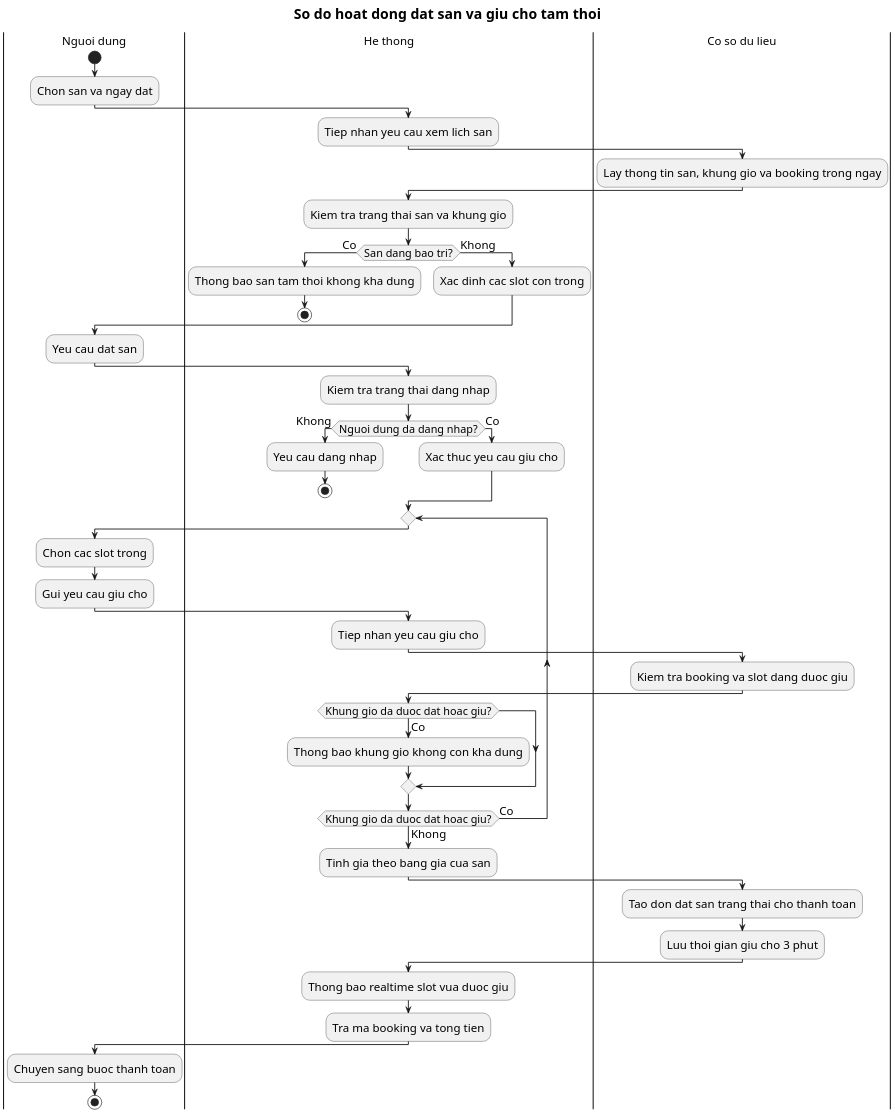
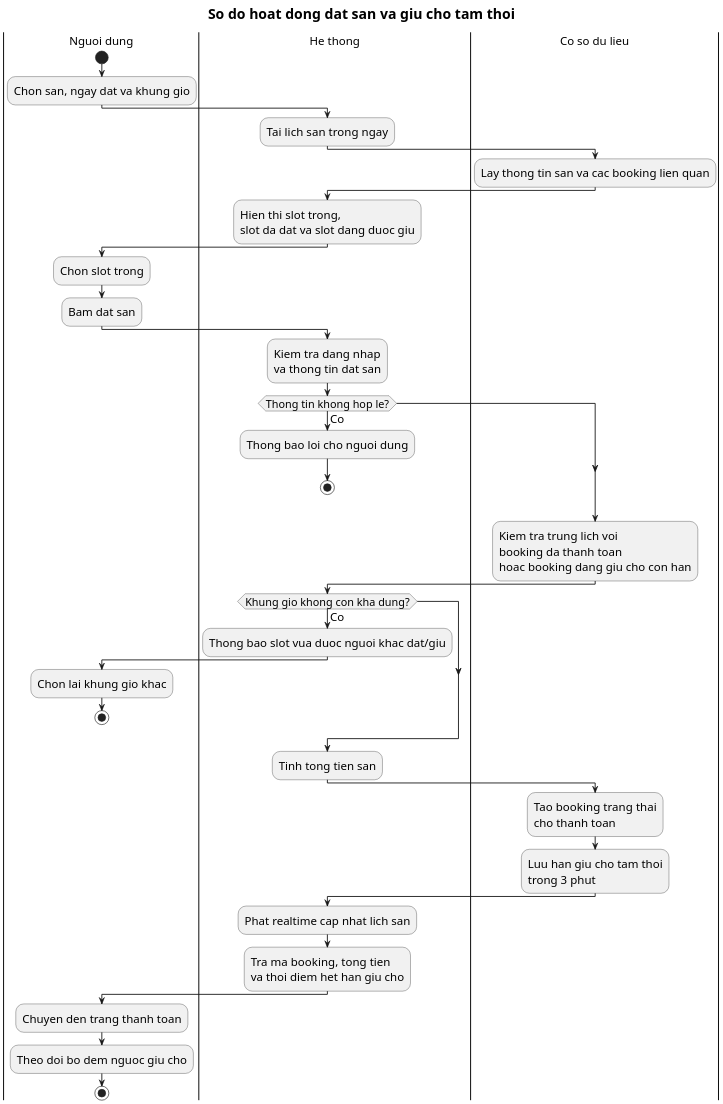
The diagram in Backend/so_do_hoat_dong/rut_gon_luan_van/04_dat_san_giu_cho.puml (PhamThanhQuocTrieu/website_stadium_booking), drawn with PlantUML before and after one commit. The commit also changed 11 other files, not shown here.

```diff
--- a/Backend/so_do_hoat_dong/rut_gon_luan_van/04_dat_san_giu_cho.puml
+++ b/Backend/so_do_hoat_dong/rut_gon_luan_van/04_dat_san_giu_cho.puml
@@ -1,74 +1,62 @@
 @startuml
 skinparam dpi 180
 skinparam defaultFontName Arial
 skinparam defaultFontSize 18
 skinparam activityFontSize 18
 skinparam activityDiamondFontSize 17
 skinparam titleFontSize 22
 skinparam swimlaneTitleFontSize 18
 skinparam arrowThickness 1.4
 title So do hoat dong dat san va giu cho tam thoi
 
 |Nguoi dung|
 start
-:Chon san va ngay dat;
+:Chon san, ngay dat va khung gio;
 
 |He thong|
-:Tiep nhan yeu cau xem lich san;
+:Tai lich san trong ngay;
 
 |Co so du lieu|
-:Lay thong tin san, khung gio va booking trong ngay;
+:Lay thong tin san va cac booking lien quan;
 
 |He thong|
-:Kiem tra trang thai san va khung gio;
-if (San dang bao tri?) then (Co)
-  :Thong bao san tam thoi khong kha dung;
+:Hien thi slot trong,\nslot da dat va slot dang duoc giu;
+
+|Nguoi dung|
+:Chon slot trong;
+:Bam dat san;
+
+|He thong|
+:Kiem tra dang nhap\nva thong tin dat san;
+if (Thong tin khong hop le?) then (Co)
+  :Thong bao loi cho nguoi dung;
   stop
-else (Khong)
-  :Xac dinh cac slot con trong;
 endif
 
-|Nguoi dung|
-:Yeu cau dat san;
+|Co so du lieu|
+:Kiem tra trung lich voi\nbooking da thanh toan\nhoac booking dang giu cho con han;
 
 |He thong|
-:Kiem tra trang thai dang nhap;
-if (Nguoi dung da dang nhap?) then (Khong)
-  :Yeu cau dang nhap;
+if (Khung gio khong con kha dung?) then (Co)
+  :Thong bao slot vua duoc nguoi khac dat/giu;
+  |Nguoi dung|
+  :Chon lai khung gio khac;
   stop
-else (Co)
-  :Xac thuc yeu cau giu cho;
 endif
 
-repeat
-  |Nguoi dung|
-  :Chon cac slot trong;
-  :Gui yeu cau giu cho;
+|He thong|
+:Tinh tong tien san;
 
-  |He thong|
-  :Tiep nhan yeu cau giu cho;
-
-  |Co so du lieu|
-  :Kiem tra booking va slot dang duoc giu;
-
-  |He thong|
-  if (Khung gio da duoc dat hoac giu?) then (Co)
-    :Thong bao khung gio khong con kha dung;
-  endif
-repeat while (Khung gio da duoc dat hoac giu?) is (Co) not (Khong)
+|Co so du lieu|
+:Tao booking trang thai\ncho thanh toan;
+:Luu han giu cho tam thoi\ntrong 3 phut;
 
 |He thong|
-:Tinh gia theo bang gia cua san;
-
-|Co so du lieu|
-:Tao don dat san trang thai cho thanh toan;
-:Luu thoi gian giu cho 3 phut;
-
-|He thong|
-:Thong bao realtime slot vua duoc giu;
-:Tra ma booking va tong tien;
+:Phat realtime cap nhat lich san;
+:Tra ma booking, tong tien\nva thoi diem het han giu cho;
 
 |Nguoi dung|
-:Chuyen sang buoc thanh toan;
+:Chuyen den trang thanh toan;
+:Theo doi bo dem nguoc giu cho;
 stop
 @enduml
```
